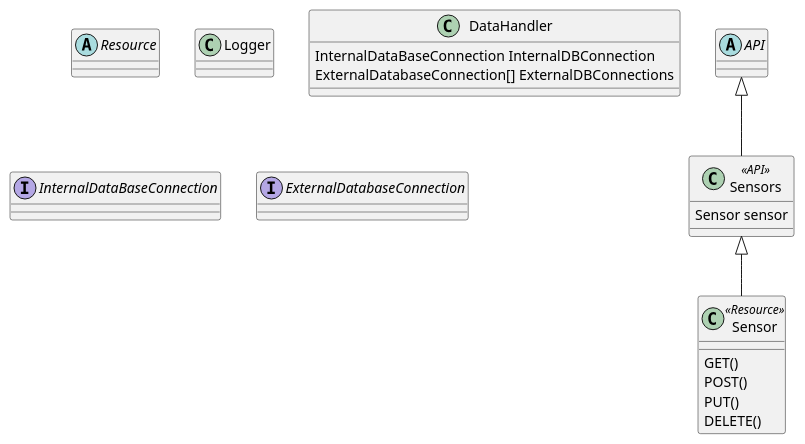
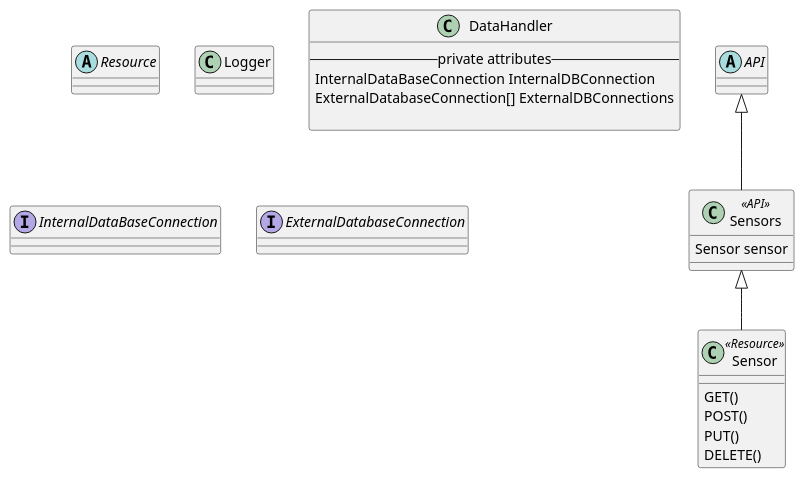
The diagram in Documentation/UML/SCC.puml (CharisGrubb/SensorCommandCenter), drawn with PlantUML before and after one commit.

Commit message:
added spaces to see if connecters go

```diff
--- a/Documentation/UML/SCC.puml
+++ b/Documentation/UML/SCC.puml
@@ -1,35 +1,35 @@
 @startuml 
 
 
-API<|-- Sensors
-Sensors<|--Sensor
+API <|-- Sensors
+Sensors <|-- Sensor
 
 abstract API{}
 abstract Resource{}
 
 
 class Logger{
 
 }
 
 class DataHandler{
-    
-InternalDataBaseConnection InternalDBConnection
-ExternalDatabaseConnection[] ExternalDBConnections
+    --private attributes--
+    InternalDataBaseConnection InternalDBConnection
+    ExternalDatabaseConnection[] ExternalDBConnections
 
 }
 
 class Sensors <<API>>{
     Sensor sensor
 }
 class Sensor <<Resource>>{
     GET()
     POST()
     PUT()
     DELETE()
 }
 
 Interface InternalDataBaseConnection
 Interface ExternalDatabaseConnection
 
 @enduml
```
